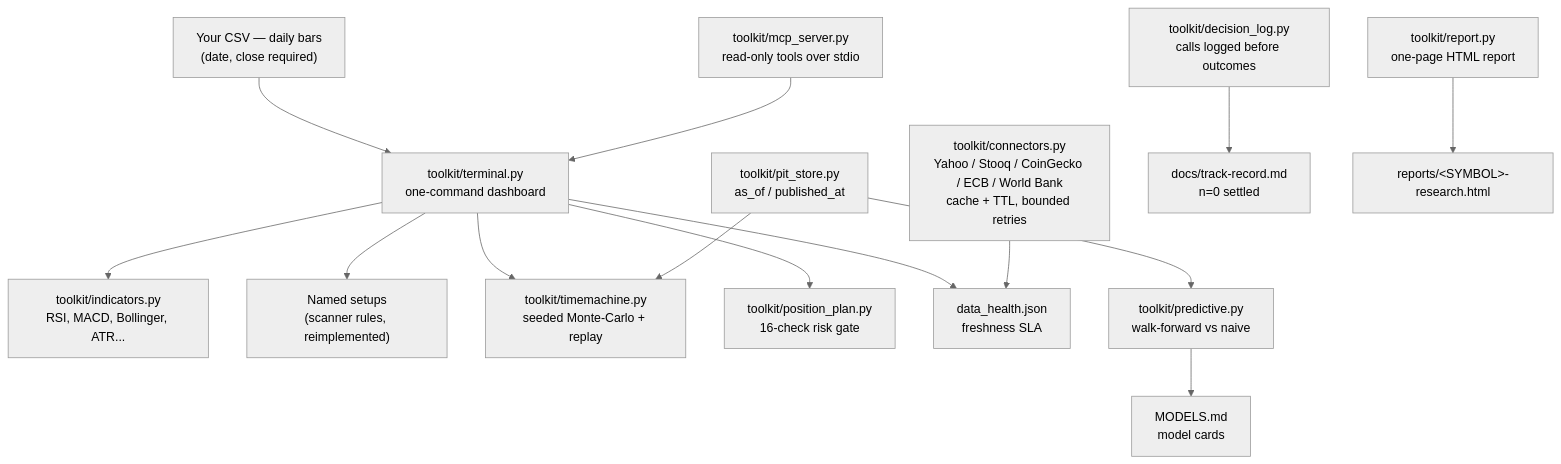
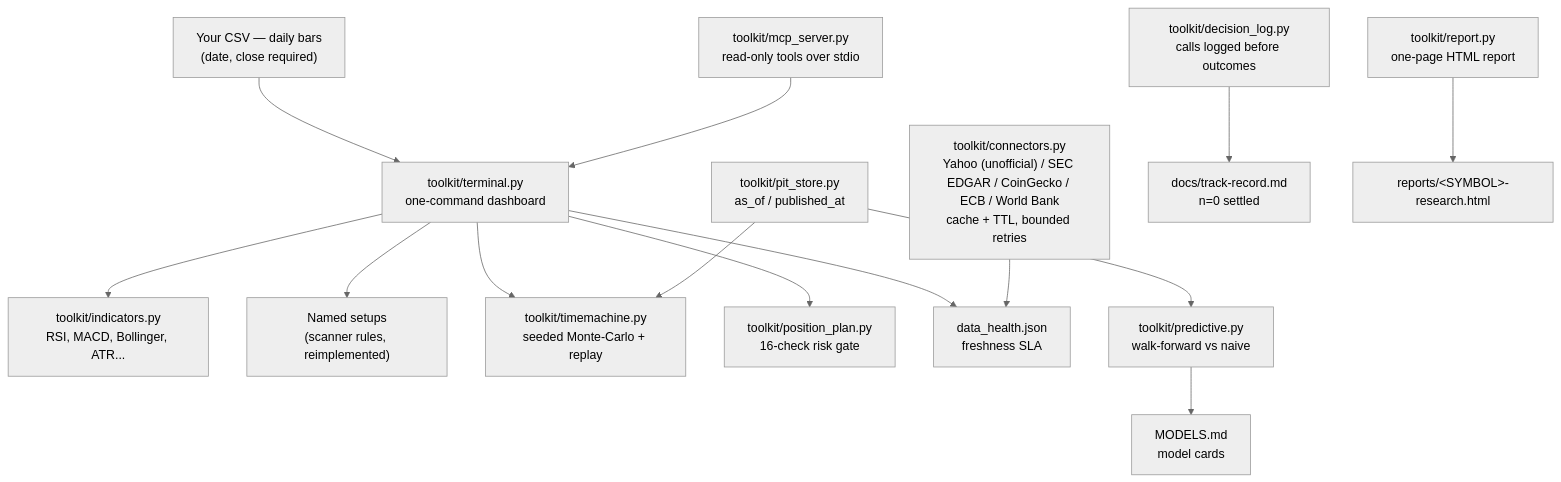
One commit to ShirjanKhadka1/investment-analyst-toolkit changed the diagram in README.md. Above: the diagram before and after it, drawn with Mermaid (neutral theme). The commit also changed other lines of this file and 19 other files, not shown here.

Commit message:
feat(data): add SEC EDGAR module (throttled, declared UA); remove Stooq (3rd failed verification); label Yahoo unofficial best-effort

````diff
--- a/README.md
+++ b/README.md
@@ -69,16 +69,16 @@
 ```mermaid
 flowchart TD
     CSV["Your CSV — daily bars<br/>(date, close required)"] --> TERM["toolkit/terminal.py<br/>one-command dashboard"]
     TERM --> IND["toolkit/indicators.py<br/>RSI, MACD, Bollinger, ATR..."]
     TERM --> SET["Named setups<br/>(scanner rules, reimplemented)"]
     TERM --> TM["toolkit/timemachine.py<br/>seeded Monte-Carlo + replay"]
     TERM --> GATE["toolkit/position_plan.py<br/>16-check risk gate"]
     TERM --> HEALTH["data_health.json<br/>freshness SLA"]
-    CONN["toolkit/connectors.py<br/>Yahoo / Stooq / CoinGecko / ECB / World Bank<br/>cache + TTL, bounded retries"] --> HEALTH
+    CONN["toolkit/connectors.py<br/>Yahoo (unofficial) / SEC EDGAR / CoinGecko / ECB / World Bank<br/>cache + TTL, bounded retries"] --> HEALTH
     PIT["toolkit/pit_store.py<br/>as_of / published_at"] --> TM
     PIT --> PRED["toolkit/predictive.py<br/>walk-forward vs naive"]
     PRED --> MODELS["MODELS.md<br/>model cards"]
     DEC["toolkit/decision_log.py<br/>calls logged before outcomes"] --> TRACK["docs/track-record.md<br/>n=0 settled"]
     REP["toolkit/report.py<br/>one-page HTML report"] --> HTML["reports/&lt;SYMBOL&gt;-research.html"]
     MCP["toolkit/mcp_server.py<br/>read-only tools over stdio"] --> TERM
 ```
````
